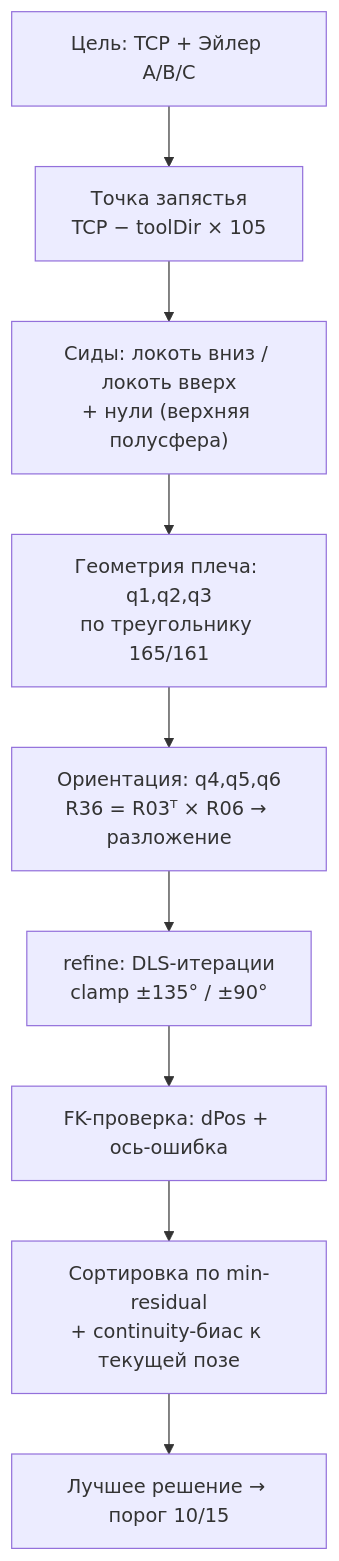
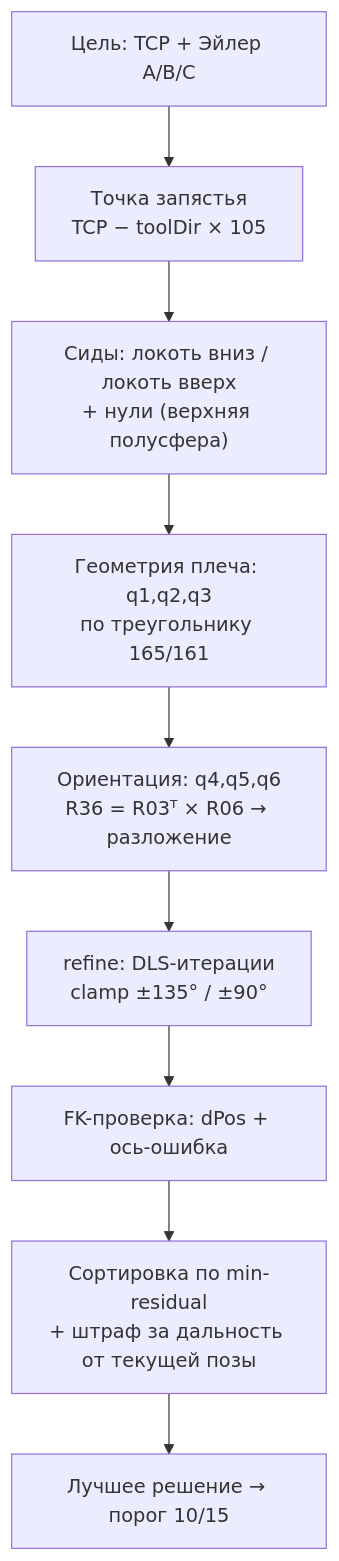
Before and after one commit to SpellcasterMom/test: the second of 2 diagrams in docs/FLOW.md, drawn with Mermaid. The commit also changed 4 other files, not shown here.

Commit message:
docs: биас->штраф везде + пояснения за что каждый штраф

````diff
--- a/docs/FLOW.md
+++ b/docs/FLOW.md
@@ -35,11 +35,11 @@
 ```mermaid
 flowchart TD
     T["Цель: TCP + Эйлер A/B/C"] --> W["Точка запястья<br/>TCP − toolDir × 105"]
     W --> SEED["Сиды: локоть вниз / локоть вверх<br/>+ нули (верхняя полусфера)"]
     SEED --> GEO["Геометрия плеча: q1,q2,q3<br/>по треугольнику 165/161"]
     GEO --> WR["Ориентация: q4,q5,q6<br/>R36 = R03ᵀ × R06 → разложение"]
     WR --> DLS["refine: DLS-итерации<br/>clamp ±135° / ±90°"]
     DLS --> FK["FK-проверка: dPos + ось-ошибка"]
-    FK --> SORT["Сортировка по min-residual<br/>+ continuity-биас к текущей позе"]
+    FK --> SORT["Сортировка по min-residual<br/>+ штраф за дальность от текущей позы"]
     SORT --> BEST["Лучшее решение → порог 10/15"]
 ```
````
